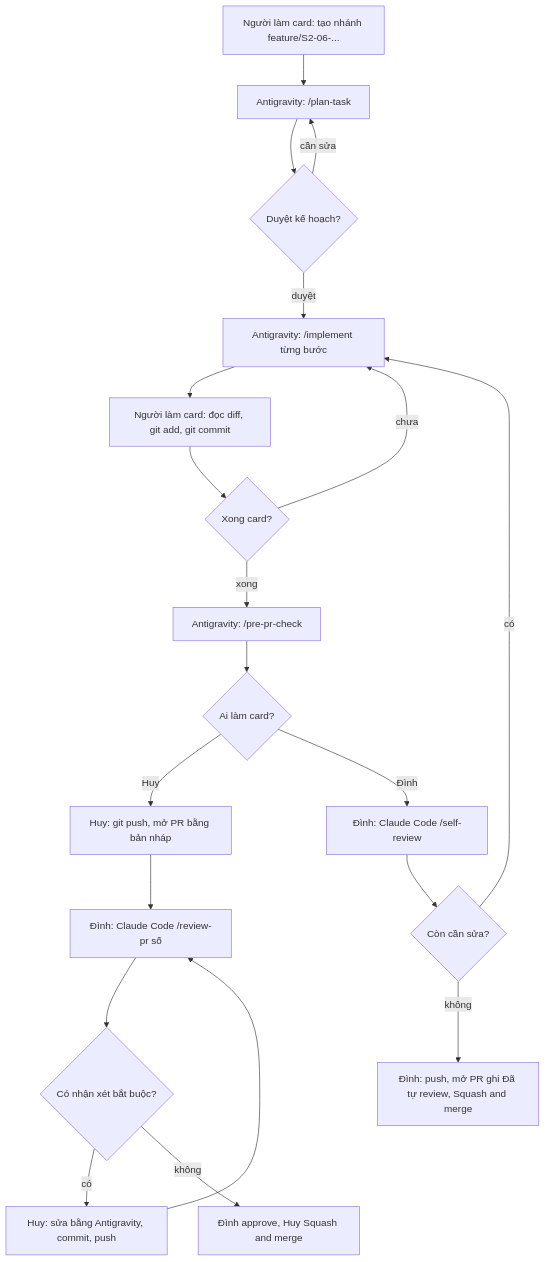
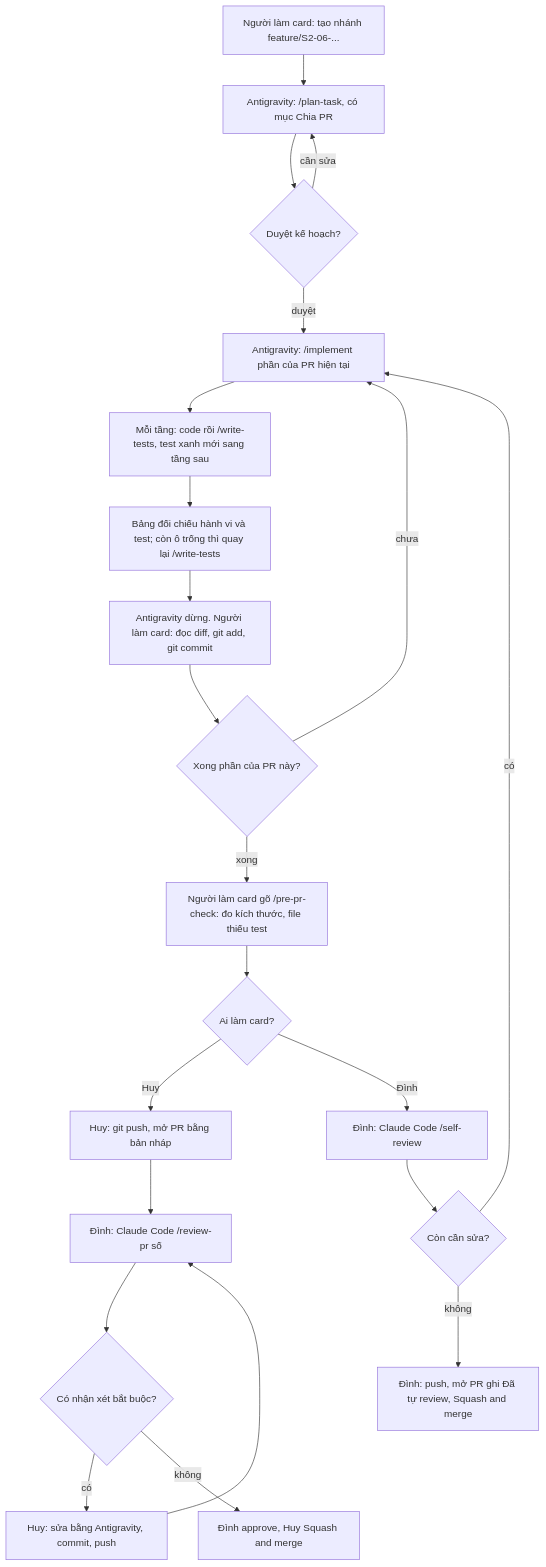
One commit to xile-spa-dinhlnd/xile-spa-app changed the first of 2 diagrams in docs/guides/ai-agents.md. Above: the diagram before and after it, drawn with Mermaid. The commit also changed other lines of this file and 8 other files, not shown here.

First line of the commit message:
chore(agents): bắt buộc viết test khi implement và giới hạn PR theo card

````diff
--- a/docs/guides/ai-agents.md
+++ b/docs/guides/ai-agents.md
@@ -60,21 +60,23 @@
 ```mermaid
 flowchart TD
-    A[Người làm card: tạo nhánh feature/S2-06-...] --> B[Antigravity: /plan-task]
+    A[Người làm card: tạo nhánh feature/S2-06-...] --> B[Antigravity: /plan-task, có mục Chia PR]
     B --> C{Duyệt kế hoạch?}
     C -- cần sửa --> B
-    C -- duyệt --> D[Antigravity: /implement từng bước]
-    D --> E[Người làm card: đọc diff, git add, git commit]
-    E --> F{Xong card?}
+    C -- duyệt --> D[Antigravity: /implement phần của PR hiện tại]
+    D --> D2[Mỗi tầng: code rồi /write-tests, test xanh mới sang tầng sau]
+    D2 --> D3[Bảng đối chiếu hành vi và test; còn ô trống thì quay lại /write-tests]
+    D3 --> E[Antigravity dừng. Người làm card: đọc diff, git add, git commit]
+    E --> F{Xong phần của PR này?}
     F -- chưa --> D
-    F -- xong --> G[Antigravity: /pre-pr-check]
+    F -- xong --> G[Người làm card gõ /pre-pr-check: đo kích thước, file thiếu test]
     G --> H{Ai làm card?}
     H -- Huy --> I[Huy: git push, mở PR bằng bản nháp]
     I --> J[Đình: Claude Code /review-pr số]
     J --> K{Có nhận xét bắt buộc?}
     K -- có --> L[Huy: sửa bằng Antigravity, commit, push] --> J
     K -- không --> M[Đình approve, Huy Squash and merge]
     H -- Đình --> N[Đình: Claude Code /self-review]
     N --> O{Còn cần sửa?}
     O -- có --> D
     O -- không --> P[Đình: push, mở PR ghi Đã tự review, Squash and merge]
 ```
````
